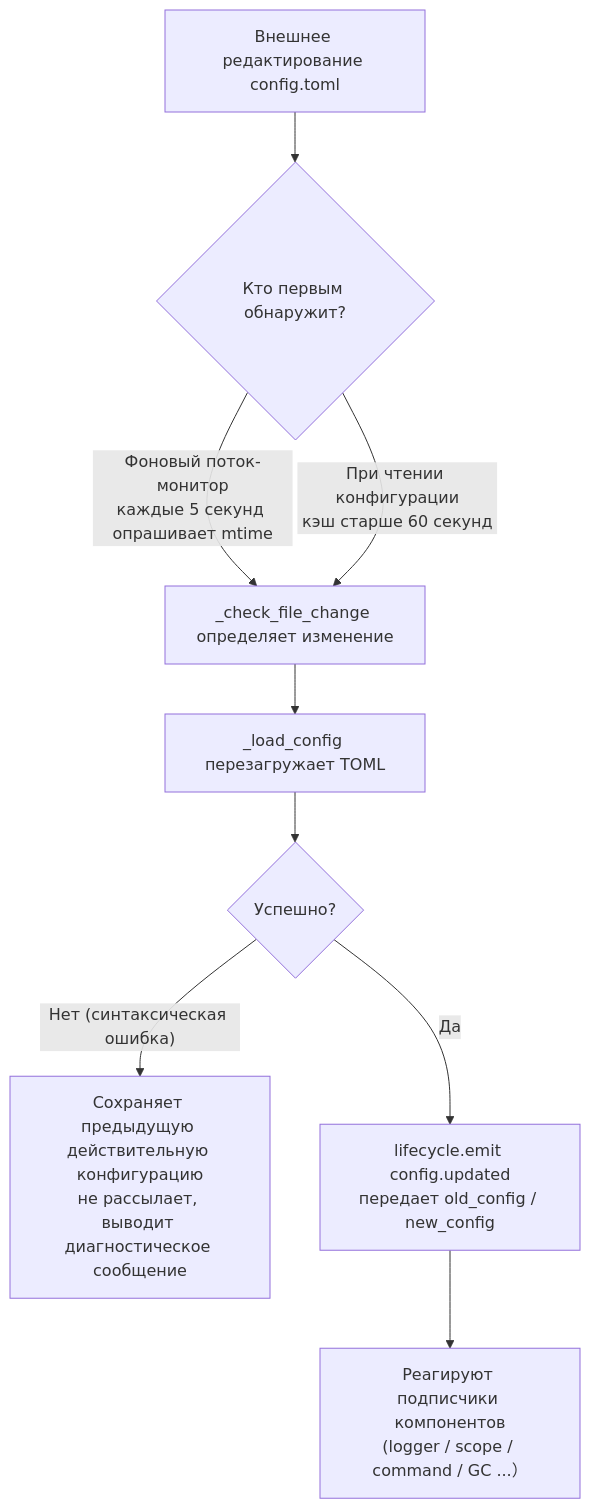
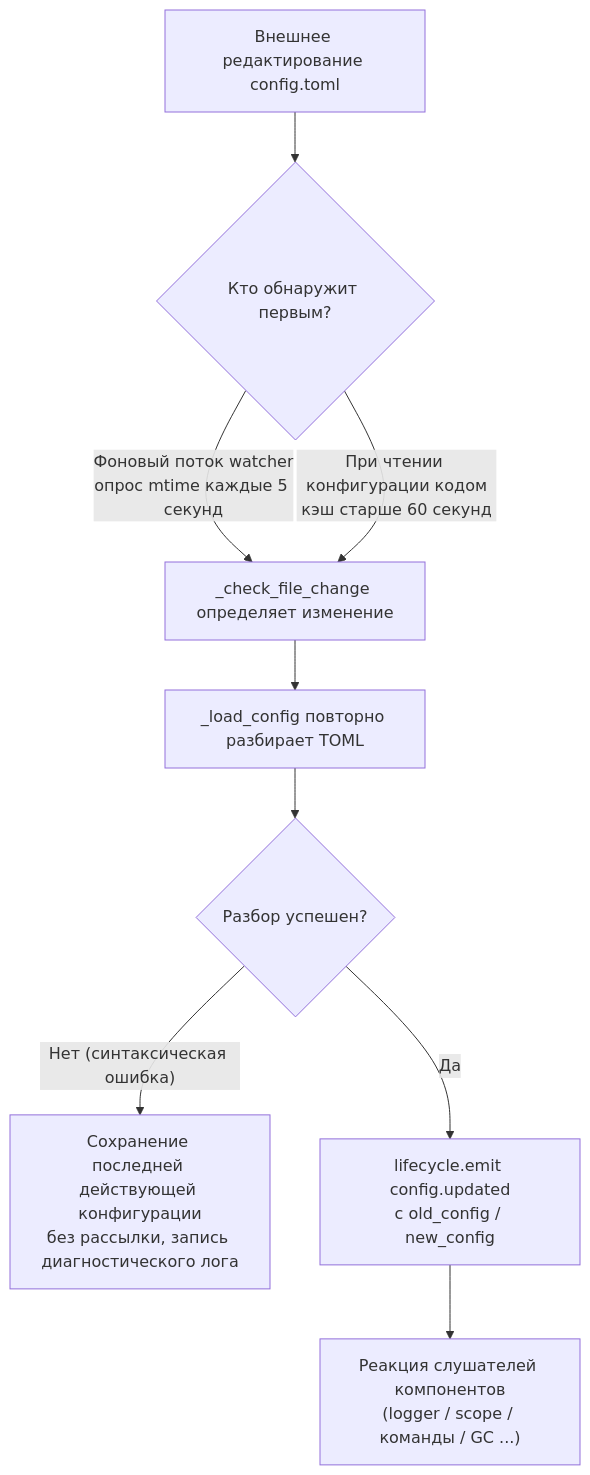
One commit to ErisPulse/ErisPulse changed the diagram in docs/ru/user-guide/configuration.md. Above: the diagram before and after it, drawn with Mermaid. The commit also changed other lines of this file and 115 other files, not shown here.

````diff
--- a/docs/ru/user-guide/configuration.md
+++ b/docs/ru/user-guide/configuration.md
@@ -143,11 +144,11 @@
 ```mermaid
 flowchart TD
-    A["Внешнее редактирование config.toml"] --> B{"Кто первым обнаружит?"}
-    B -->|"Фоновый поток-монитор<br/>каждые 5 секунд опрашивает mtime"| C["_check_file_change определяет изменение"]
-    B -->|"При чтении конфигурации<br/>кэш старше 60 секунд"| C
-    C --> D["_load_config перезагружает TOML"]
-    D --> E{"Успешно?"}
-    E -->|"Нет (синтаксическая ошибка)"| F["Сохраняет предыдущую действительную конфигурацию<br/>не рассылает, выводит диагностическое сообщение"]
-    E -->|"Да"| G["lifecycle.emit config.updated<br/>передает old_config / new_config"]
-    G --> H["Реагируют подписчики компонентов<br/>(logger / scope / command / GC ...）"]
+    A["Внешнее редактирование config.toml"] --> B{"Кто обнаружит первым?"}
+    B -->|"Фоновый поток watcher<br/>опрос mtime каждые 5 секунд"| C["_check_file_change определяет изменение"]
+    B -->|"При чтении конфигурации кодом<br/>кэш старше 60 секунд"| C
+    C --> D["_load_config повторно разбирает TOML"]
+    D --> E{"Разбор успешен?"}
+    E -->|"Нет (синтаксическая ошибка)"| F["Сохранение последней действующей конфигурации<br/>без рассылки, запись диагностического лога"]
+    E -->|"Да"| G["lifecycle.emit config.updated<br/>с old_config / new_config"]
+    G --> H["Реакция слушателей компонентов<br/>(logger / scope / команды / GC ...)"]
 ```
````
